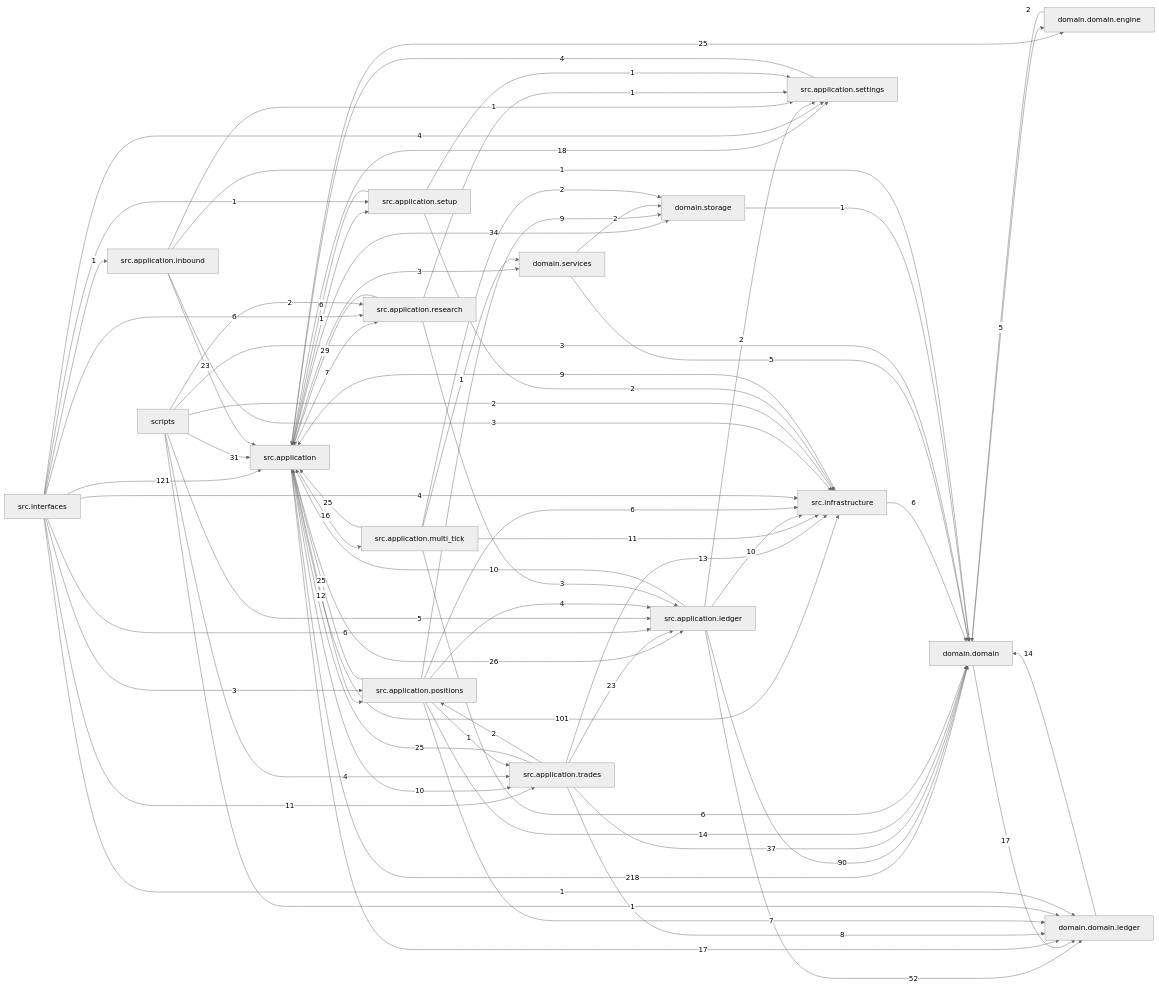
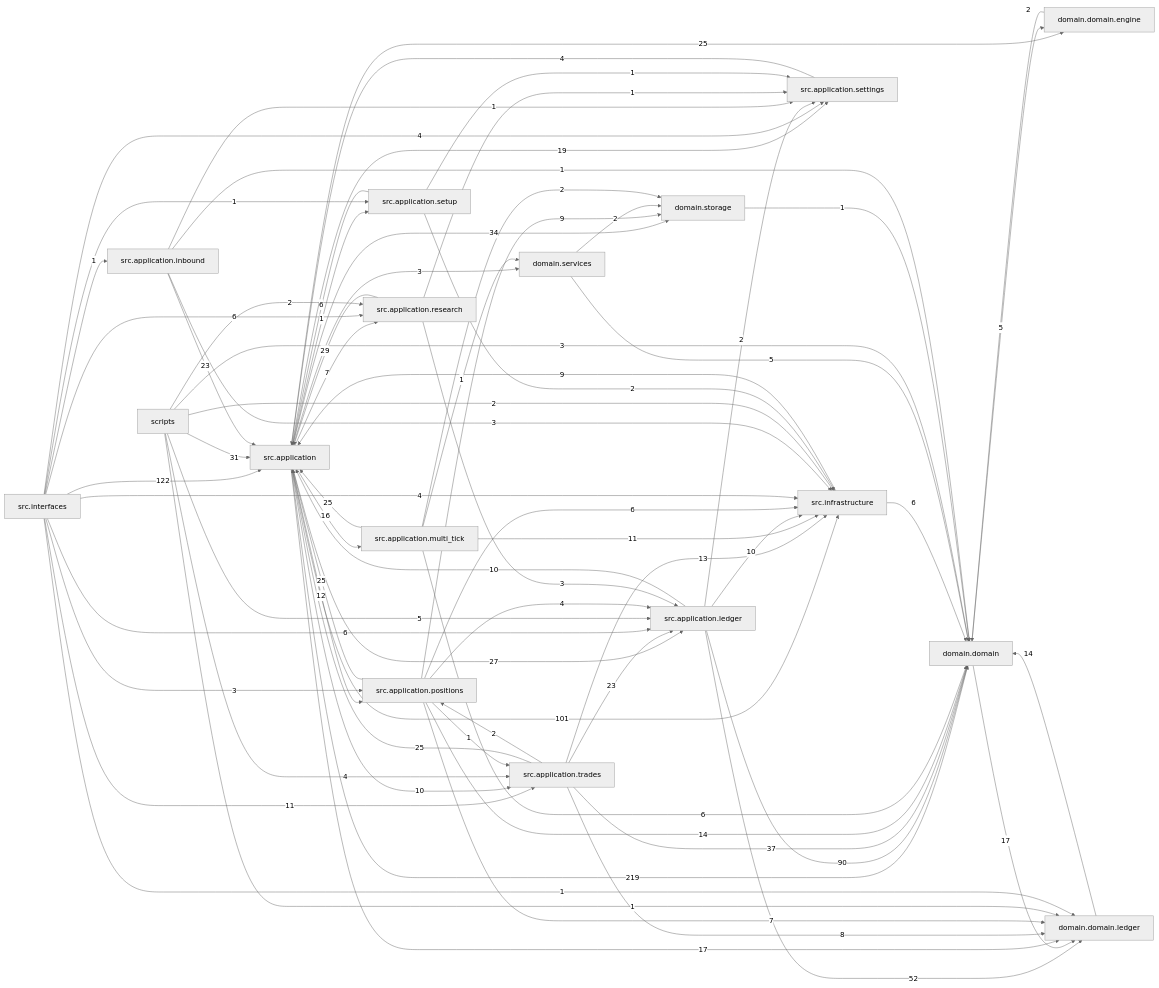
The diagram in docs/dependency_graph.mmd (liuxie066/options-monitor), drawn with Mermaid (neutral theme) before and after one commit. The commit also changed 22 other files, not shown here.

```diff
--- a/docs/dependency_graph.mmd
+++ b/docs/dependency_graph.mmd
@@ -1,74 +1,74 @@
 flowchart LR
-  src_application["src.application"] -->|218| domain_domain["domain.domain"]
-  src_interfaces["src.interfaces"] -->|121| src_application["src.application"]
+  src_application["src.application"] -->|219| domain_domain["domain.domain"]
+  src_interfaces["src.interfaces"] -->|122| src_application["src.application"]
   src_application["src.application"] -->|101| src_infrastructure["src.infrastructure"]
   src_application_ledger["src.application.ledger"] -->|90| domain_domain["domain.domain"]
   src_application_ledger["src.application.ledger"] -->|52| domain_domain_ledger["domain.domain.ledger"]
   src_application_trades["src.application.trades"] -->|37| domain_domain["domain.domain"]
   src_application["src.application"] -->|34| domain_storage["domain.storage"]
   scripts["scripts"] -->|31| src_application["src.application"]
   src_application_research["src.application.research"] -->|29| src_application["src.application"]
-  src_application["src.application"] -->|26| src_application_ledger["src.application.ledger"]
+  src_application["src.application"] -->|27| src_application_ledger["src.application.ledger"]
   src_application["src.application"] -->|25| domain_domain_engine["domain.domain.engine"]
   src_application_multi_tick["src.application.multi_tick"] -->|25| src_application["src.application"]
   src_application_positions["src.application.positions"] -->|25| src_application["src.application"]
   src_application_trades["src.application.trades"] -->|25| src_application["src.application"]
   src_application_inbound["src.application.inbound"] -->|23| src_application["src.application"]
   src_application_trades["src.application.trades"] -->|23| src_application_ledger["src.application.ledger"]
-  src_application["src.application"] -->|18| src_application_settings["src.application.settings"]
+  src_application["src.application"] -->|19| src_application_settings["src.application.settings"]
   domain_domain["domain.domain"] -->|17| domain_domain_ledger["domain.domain.ledger"]
   src_application["src.application"] -->|17| domain_domain_ledger["domain.domain.ledger"]
   src_application["src.application"] -->|16| src_application_multi_tick["src.application.multi_tick"]
   domain_domain_ledger["domain.domain.ledger"] -->|14| domain_domain["domain.domain"]
   src_application_positions["src.application.positions"] -->|14| domain_domain["domain.domain"]
   src_application_trades["src.application.trades"] -->|13| src_infrastructure["src.infrastructure"]
   src_application["src.application"] -->|12| src_application_positions["src.application.positions"]
   src_application_multi_tick["src.application.multi_tick"] -->|11| src_infrastructure["src.infrastructure"]
   src_interfaces["src.interfaces"] -->|11| src_application_trades["src.application.trades"]
   src_application["src.application"] -->|10| src_application_trades["src.application.trades"]
   src_application_ledger["src.application.ledger"] -->|10| src_application["src.application"]
   src_application_ledger["src.application.ledger"] -->|10| src_infrastructure["src.infrastructure"]
   src_application_positions["src.application.positions"] -->|9| domain_storage["domain.storage"]
   src_infrastructure["src.infrastructure"] -->|9| src_application["src.application"]
   src_application_trades["src.application.trades"] -->|8| domain_domain_ledger["domain.domain.ledger"]
   src_application["src.application"] -->|7| src_application_research["src.application.research"]
   src_application_positions["src.application.positions"] -->|7| domain_domain_ledger["domain.domain.ledger"]
   src_application_multi_tick["src.application.multi_tick"] -->|6| domain_domain["domain.domain"]
   src_application_positions["src.application.positions"] -->|6| src_infrastructure["src.infrastructure"]
   src_application_setup["src.application.setup"] -->|6| src_application["src.application"]
   src_infrastructure["src.infrastructure"] -->|6| domain_domain["domain.domain"]
   src_interfaces["src.interfaces"] -->|6| src_application_ledger["src.application.ledger"]
   src_interfaces["src.interfaces"] -->|6| src_application_research["src.application.research"]
   domain_domain["domain.domain"] -->|5| domain_domain_engine["domain.domain.engine"]
   domain_services["domain.services"] -->|5| domain_domain["domain.domain"]
   scripts["scripts"] -->|5| src_application_ledger["src.application.ledger"]
   scripts["scripts"] -->|4| src_application_trades["src.application.trades"]
   src_application_positions["src.application.positions"] -->|4| src_application_ledger["src.application.ledger"]
   src_application_settings["src.application.settings"] -->|4| src_application["src.application"]
   src_interfaces["src.interfaces"] -->|4| src_application_settings["src.application.settings"]
   src_interfaces["src.interfaces"] -->|4| src_infrastructure["src.infrastructure"]
   scripts["scripts"] -->|3| domain_domain["domain.domain"]
   src_application["src.application"] -->|3| domain_services["domain.services"]
   src_application_inbound["src.application.inbound"] -->|3| src_infrastructure["src.infrastructure"]
   src_application_research["src.application.research"] -->|3| src_application_ledger["src.application.ledger"]
   src_interfaces["src.interfaces"] -->|3| src_application_positions["src.application.positions"]
   domain_domain_engine["domain.domain.engine"] -->|2| domain_domain["domain.domain"]
   domain_services["domain.services"] -->|2| domain_storage["domain.storage"]
   scripts["scripts"] -->|2| src_application_research["src.application.research"]
   scripts["scripts"] -->|2| src_infrastructure["src.infrastructure"]
   src_application_ledger["src.application.ledger"] -->|2| src_application_settings["src.application.settings"]
   src_application_multi_tick["src.application.multi_tick"] -->|2| domain_storage["domain.storage"]
   src_application_setup["src.application.setup"] -->|2| src_infrastructure["src.infrastructure"]
   src_application_trades["src.application.trades"] -->|2| src_application_positions["src.application.positions"]
   domain_storage["domain.storage"] -->|1| domain_domain["domain.domain"]
   scripts["scripts"] -->|1| domain_domain_ledger["domain.domain.ledger"]
   src_application["src.application"] -->|1| src_application_setup["src.application.setup"]
   src_application_inbound["src.application.inbound"] -->|1| domain_domain["domain.domain"]
   src_application_inbound["src.application.inbound"] -->|1| src_application_settings["src.application.settings"]
   src_application_multi_tick["src.application.multi_tick"] -->|1| domain_services["domain.services"]
   src_application_positions["src.application.positions"] -->|1| src_application_trades["src.application.trades"]
   src_application_research["src.application.research"] -->|1| src_application_settings["src.application.settings"]
   src_application_setup["src.application.setup"] -->|1| src_application_settings["src.application.settings"]
   src_interfaces["src.interfaces"] -->|1| domain_domain_ledger["domain.domain.ledger"]
   src_interfaces["src.interfaces"] -->|1| src_application_inbound["src.application.inbound"]
   src_interfaces["src.interfaces"] -->|1| src_application_setup["src.application.setup"]
```
